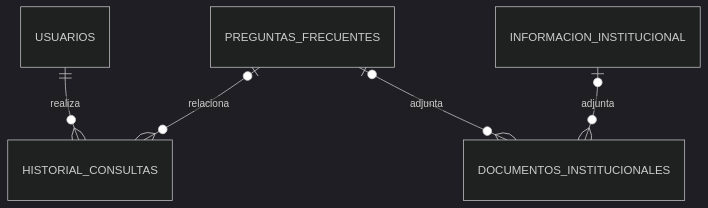
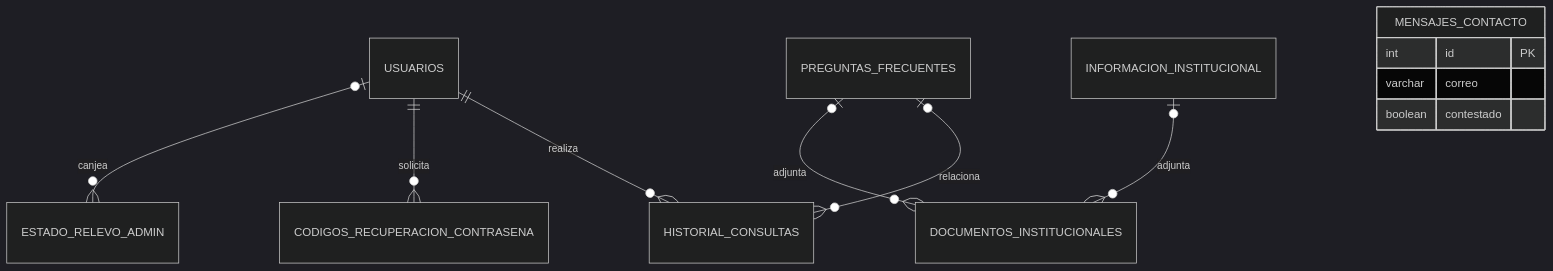
Before and after one commit to yiyis9/Lobo-Avatar-IA: the diagram in DICCIONARIO_DE_DATOS.md, drawn with Mermaid (dark theme). The commit also changed other lines of this file and 1 other file, not shown here.

````diff
--- a/DICCIONARIO_DE_DATOS.md
+++ b/DICCIONARIO_DE_DATOS.md
@@ -28,7 +29,14 @@
 ```mermaid
 erDiagram
     USUARIOS ||--o{ HISTORIAL_CONSULTAS : realiza
+    USUARIOS ||--o{ CODIGOS_RECUPERACION_CONTRASENA : solicita
+    USUARIOS o|--o{ ESTADO_RELEVO_ADMIN : canjea
     PREGUNTAS_FRECUENTES o|--o{ HISTORIAL_CONSULTAS : relaciona
     INFORMACION_INSTITUCIONAL o|--o{ DOCUMENTOS_INSTITUCIONALES : adjunta
     PREGUNTAS_FRECUENTES o|--o{ DOCUMENTOS_INSTITUCIONALES : adjunta
+    MENSAJES_CONTACTO {
+        int id PK
+        varchar correo
+        boolean contestado
+    }
 ```
````
